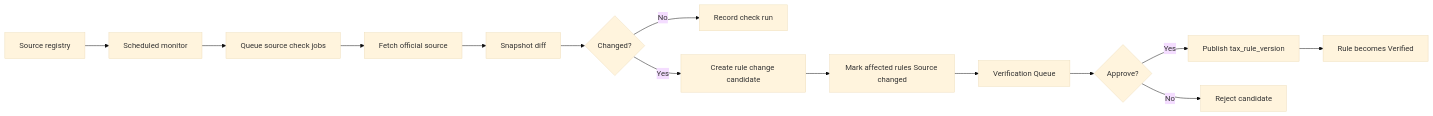
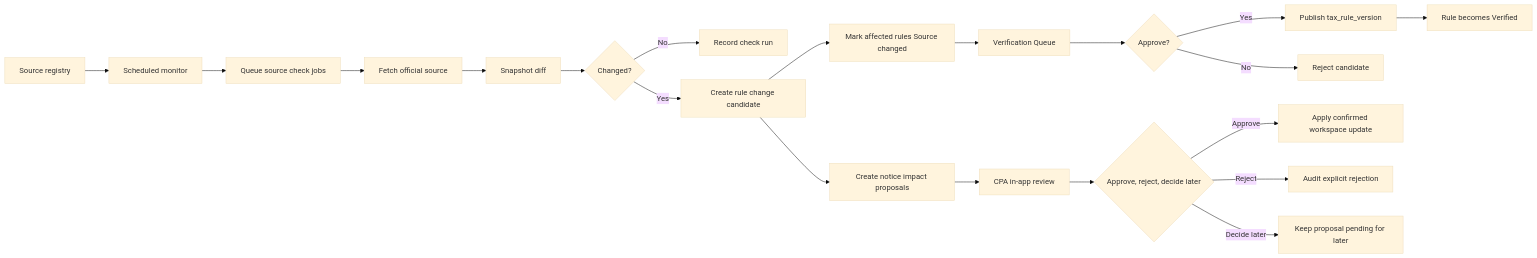
The diagram in specs/official-source-monitoring.md (Yessenia-d/DueDateHQ), drawn with Mermaid (base theme) before and after one commit. The commit also changed other lines of this file and 26 other files, not shown here.

````diff
--- a/specs/official-source-monitoring.md
+++ b/specs/official-source-monitoring.md
@@ -27,16 +29,22 @@
 ```mermaid
 flowchart LR
   A[Source registry] --> B[Scheduled monitor]
   B --> C[Queue source check jobs]
   C --> D[Fetch official source]
   D --> E[Snapshot diff]
   E --> F{Changed?}
   F -- No --> G[Record check run]
   F -- Yes --> H[Create rule change candidate]
   H --> I[Mark affected rules Source changed]
   I --> J[Verification Queue]
   J --> K{Approve?}
   K -- Yes --> L[Publish tax_rule_version]
   L --> M[Rule becomes Verified]
   K -- No --> N[Reject candidate]
+  H --> O[Create notice impact proposals]
+  O --> P[CPA in-app review]
+  P --> Q{Approve, reject, decide later}
+  Q -- Approve --> R[Apply confirmed workspace update]
+  Q -- Reject --> S[Audit explicit rejection]
+  Q -- Decide later --> T[Keep proposal pending for later]
 ```
````
